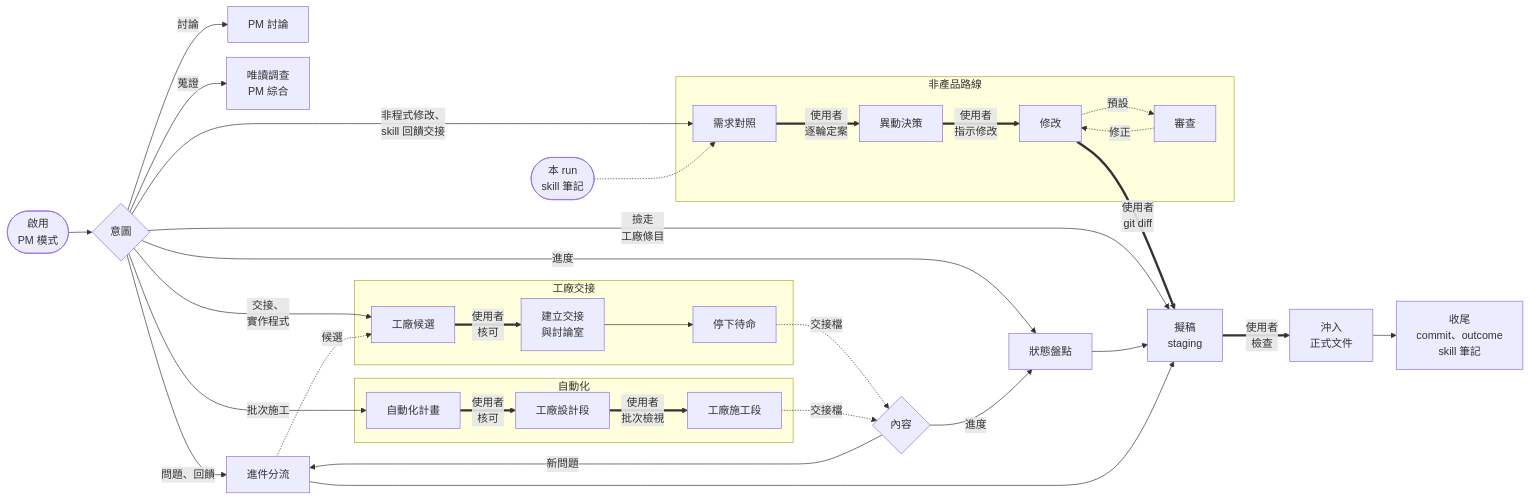
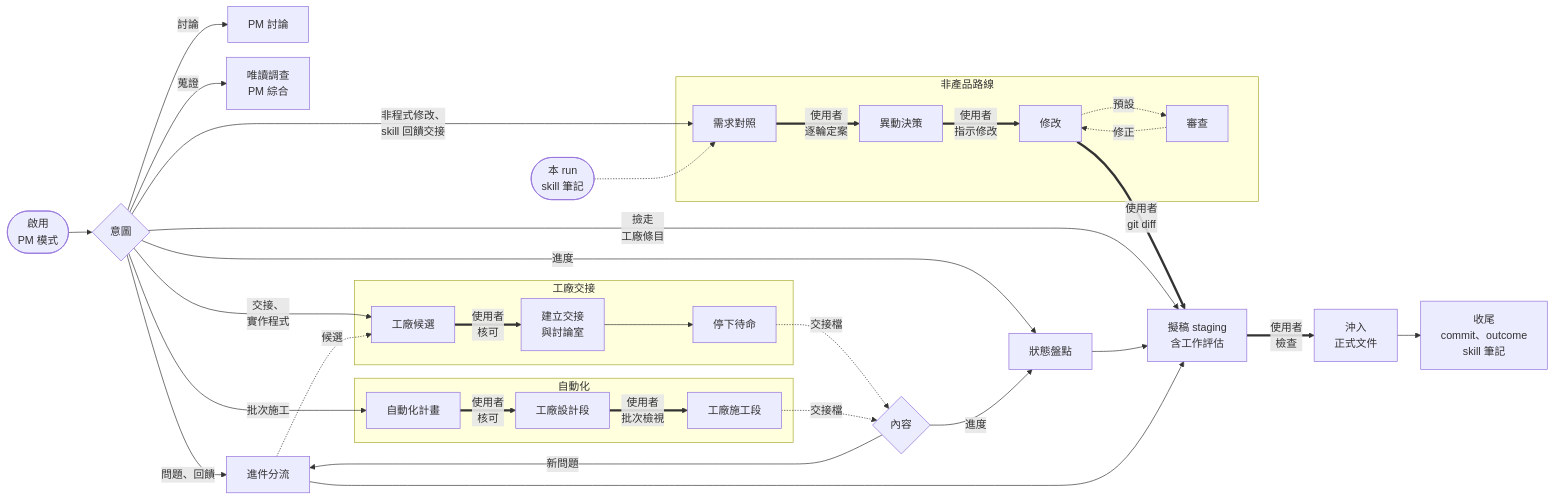
One commit to nekojuice/.agents changed the diagram in orchestrator-pm-readme.md. Above: the diagram before and after it, drawn with Mermaid. The commit also changed other lines of this file and 10 other files, not shown here.

````diff
--- a/orchestrator-pm-readme.md
+++ b/orchestrator-pm-readme.md
@@ -86,44 +89,44 @@
 ```mermaid
 %%{init: {"flowchart": {"rankSpacing": 35, "nodeSpacing": 22}}}%%
 flowchart LR
   E1([啟用<br/>PM 模式]) --> RQ{意圖}
 
   RQ -->|討論| DI[PM 討論]
   RQ -->|蒐證| IW[唯讀調查<br/>PM 綜合]
   RQ -->|進度| SR[狀態盤點]
   RQ -->|問題、回饋| TR[進件分流]
   RQ -->|交接、<br/>實作程式| FC
   RQ -->|批次施工| AU
   RQ -->|非程式修改、<br/>skill 回饋交接| N1
   RQ -->|撿走<br/>工廠條目| SG
   TR -.->|候選| FC
 
   subgraph G1["工廠交接"]
     FC[工廠候選] ==>|使用者<br/>核可| FH[建立交接<br/>與討論室]
     FH --> FW[停下待命]
   end
 
   subgraph G2["自動化"]
     AU[自動化計畫] ==>|使用者<br/>核可| AD[工廠設計段]
     AD ==>|使用者<br/>批次檢視| AB[工廠施工段]
   end
 
   FW -.->|交接檔| FR{內容}
   AB -.->|交接檔| FR
   FR -->|進度| SR
   FR -->|新問題| TR
 
   subgraph G3["非產品路線"]
     N1[需求對照] ==>|使用者<br/>逐輪定案| N2[異動決策]
     N2 ==>|使用者<br/>指示修改| N3[修改]
     N3 -.->|預設| N4[審查]
     N4 -.->|修正| N3
   end
   SKN([本 run<br/>skill 筆記]) -.-> N1
   N3 ==>|使用者<br/>git diff| SG
 
-  SR --> SG[擬稿<br/>staging]
+  SR --> SG[擬稿 staging<br/>含工作評估]
   TR --> SG
   SG ==>|使用者<br/>檢查| CF[沖入<br/>正式文件]
   CF --> CL[收尾<br/>commit、outcome<br/>skill 筆記]
 ```
````
